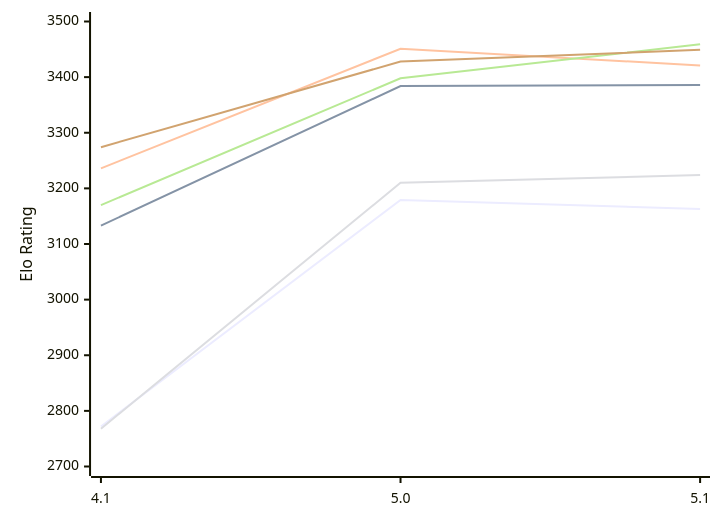
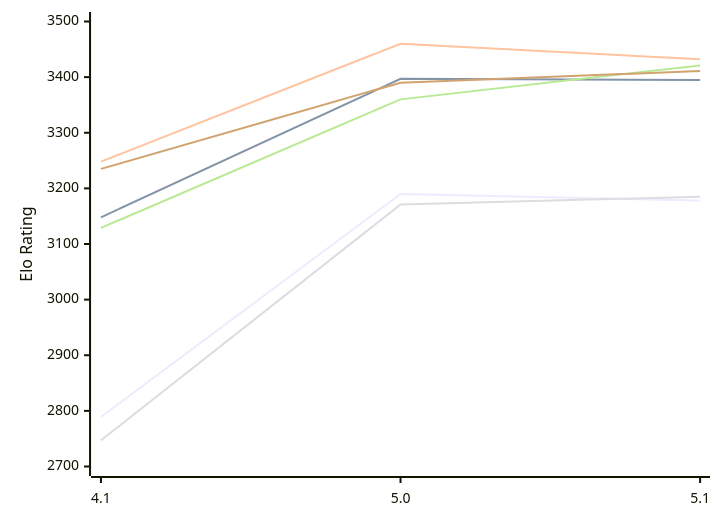
One commit to computer-chess-index/cci changed the diagram in engines/NarcNext.md. Above: the diagram before and after it, drawn with Mermaid. The commit also changed other lines of this file, not shown here.

Commit message:
Update CCI Ratings (ELO VLTC) - 2026-11-14

````diff
--- a/engines/NarcNext.md
+++ b/engines/NarcNext.md
@@ -51,12 +51,12 @@
 ```mermaid
 %%{init: {"theme":"base","themeVariables":{"seriesColors:['#a3a3a3','#222221','#faa371']}}}%%
 xychart-beta
   x-axis ["4.1", "5.0", "5.1"]
   y-axis "Elo Rating" 2700 --> 3500
-  line "E1: STC (8.0+0.08s)" [2772, 3179, 3163]
-  line "E1: LTC (60.0+0.60s)" [3133, 3384, 3386]
-  line "E1: VLTC (2m24s+1.12s)" [3236, 3451, 3421]
-  line "P1: STC (8.0+0.08s)" [2768, 3210, 3224]
-  line "P1: LTC (60.0+0.60s)" [3170, 3398, 3459]
-  line "P1: VLTC (2m24s+1.12s)" [3274, 3428, 3449]
+  line "E1: STC (8.0+0.08s)" [2789, 3190, 3178]
+  line "E1: LTC (60.0+0.60s)" [3148, 3397, 3395]
+  line "E1: VLTC (2m24s+1.12s)" [3248, 3460, 3432]
+  line "P1: STC (8.0+0.08s)" [2747, 3171, 3185]
+  line "P1: LTC (60.0+0.60s)" [3129, 3360, 3421]
+  line "P1: VLTC (2m24s+1.12s)" [3235, 3390, 3411]
 ```
````
